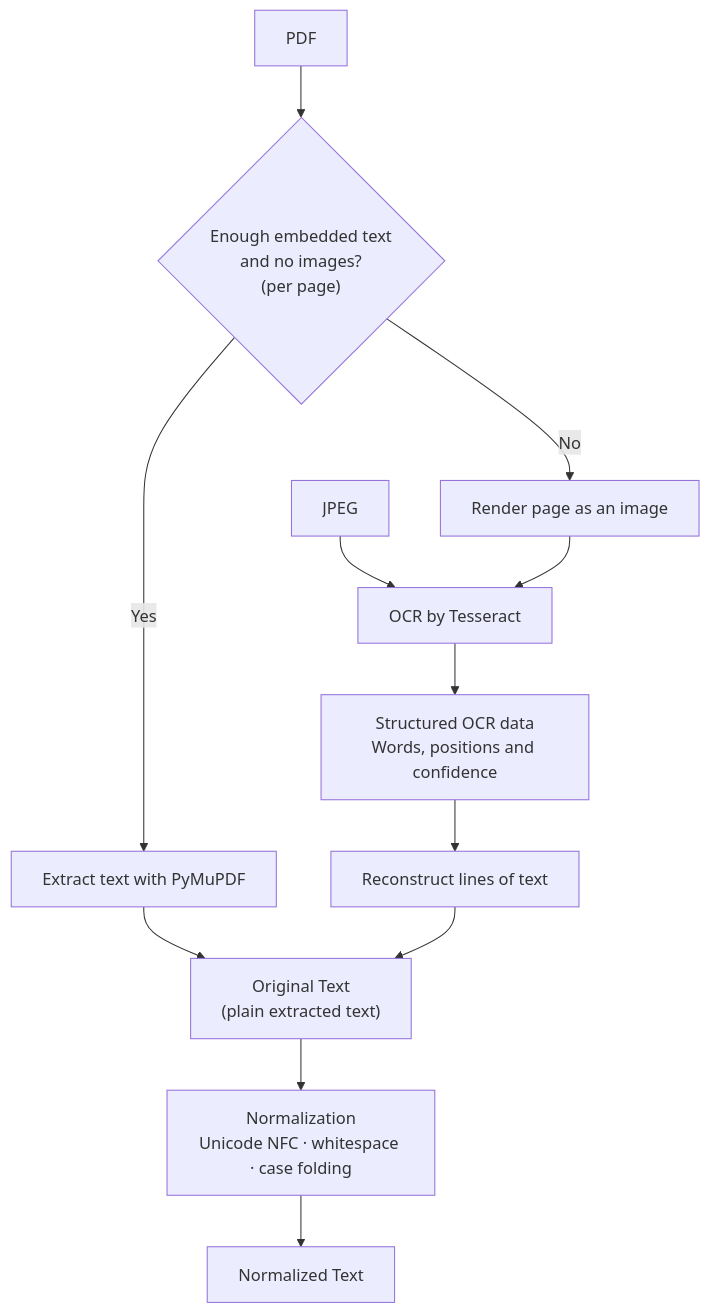
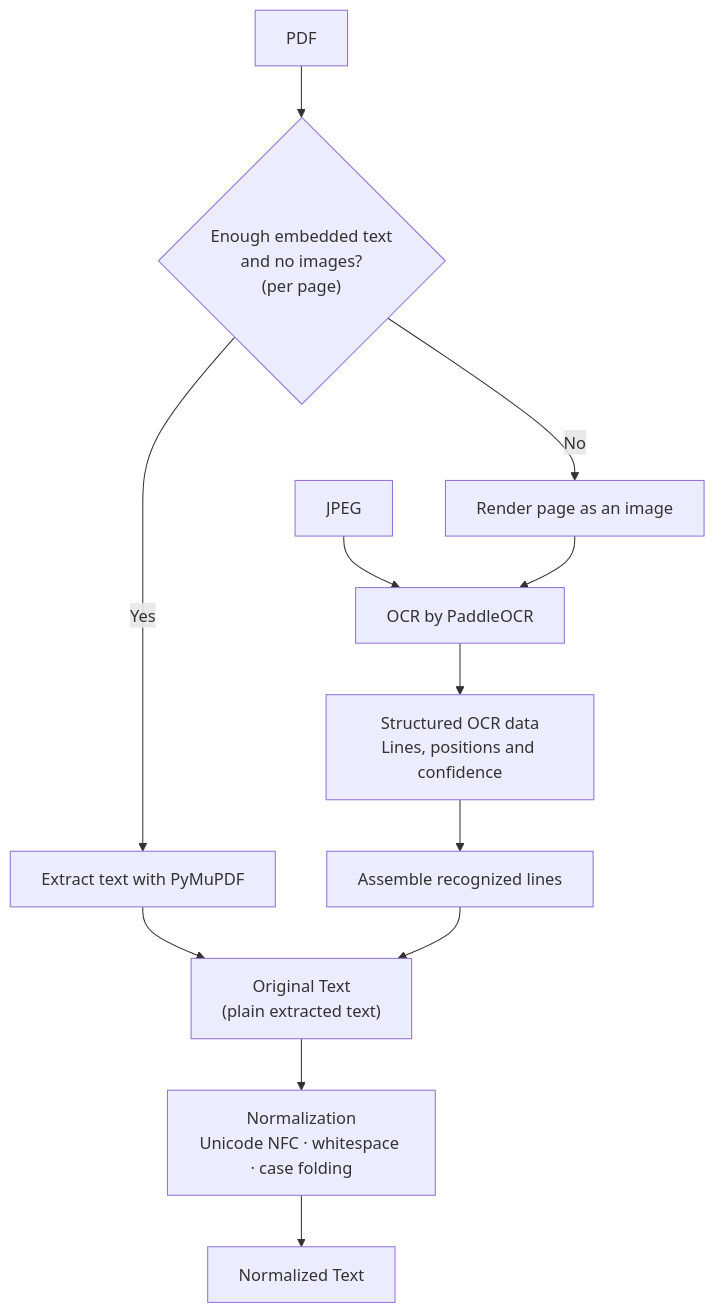
Before and after one commit to curoli/traystack: the diagram in pipeline.md, drawn with Mermaid. The commit also changed other lines of this file and 19 other files, not shown here.

Commit message:
Use local PaddleOCR PP-OCRv6 for new processing jobs

````diff
--- a/pipeline.md
+++ b/pipeline.md
@@ -1,18 +1,18 @@
 ```mermaid
 flowchart TD
     PDF["PDF"] --> CHECK{"Enough embedded text<br/>and no images?<br/>(per page)"}
-    JPEG["JPEG"] --> OCR["OCR by Tesseract"]
+    JPEG["JPEG"] --> OCR["OCR by PaddleOCR"]
 
     CHECK -->|Yes| EXTRACT["Extract text with PyMuPDF"]
     CHECK -->|No| RENDER["Render page as an image"]
     RENDER --> OCR
 
     EXTRACT --> ORIGINAL["Original Text<br/>(plain extracted text)"]
 
-    OCR --> DATA["Structured OCR data<br/>Words, positions and confidence"]
-    DATA --> REBUILD["Reconstruct lines of text"]
+    OCR --> DATA["Structured OCR data<br/>Lines, positions and confidence"]
+    DATA --> REBUILD["Assemble recognized lines"]
     REBUILD --> ORIGINAL
 
     ORIGINAL --> NORMALIZE["Normalization<br/>Unicode NFC · whitespace · case folding"]
     NORMALIZE --> NORMALIZED["Normalized Text"]
 ```
````
